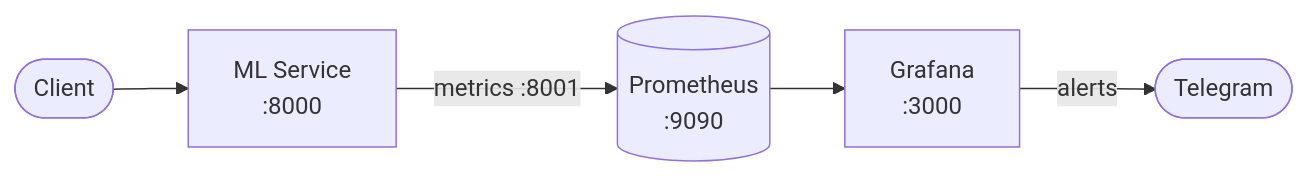
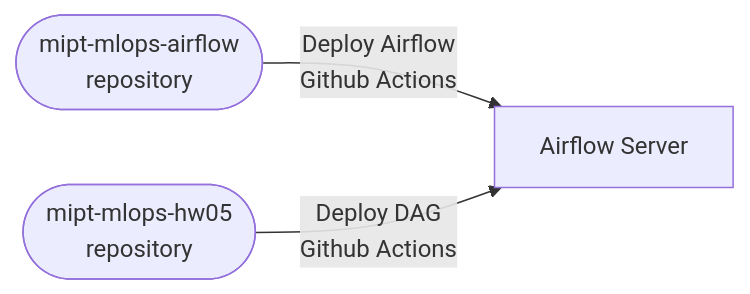
Before and after one commit to outlier-xxi/mipt-mlops-hw05: the first of 2 diagrams in README.md, drawn with Mermaid. The commit also changed other lines of this file, not shown here.

````diff
--- a/README.md
+++ b/README.md
@@ -12,7 +14,5 @@
 ```mermaid
 flowchart LR
-    Client([Client]) --> ML[ML Service<br/>:8000]
-    ML --> |metrics :8001| Prometheus[(Prometheus<br/>:9090)]
-    Prometheus --> Grafana[Grafana<br/>:3000]
-    Grafana --> |alerts| Telegram([Telegram])
+    Airflow_Repo([mipt-mlops-airflow<br>repository]) --> |Deploy Airflow<br>Github Actions| Airflow[Airflow Server]
+    DAG_Repo([mipt-mlops-hw05<br>repository]) --> |Deploy DAG<br>Github Actions| Airflow[Airflow Server]
 ```
````
